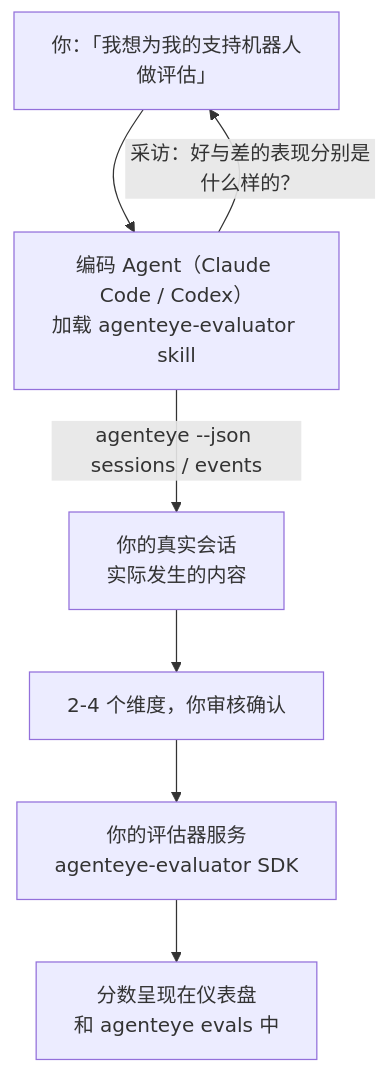
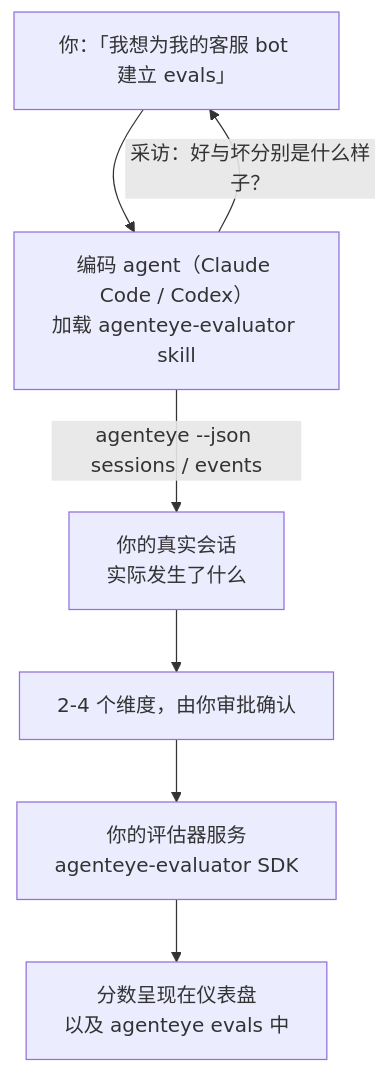
The diagram in docs/zh/agenteye/evaluator-skill.mdx (FailproofAI/failproofai), drawn with Mermaid before and after one commit. The commit also changed other lines of this file and 650 other files, not shown here.

````diff
--- a/docs/zh/agenteye/evaluator-skill.mdx
+++ b/docs/zh/agenteye/evaluator-skill.mdx
@@ -21,9 +21,9 @@
 ```mermaid
 flowchart TD
-    YOU["你：「我想为我的支持机器人做评估」"] --> AGENT["编码 Agent（Claude Code / Codex）<br/>加载 agenteye-evaluator skill"]
-    AGENT -->|"采访：好与差的表现分别是什么样的？"| YOU
-    AGENT -->|"agenteye --json sessions / events"| DATA["你的真实会话<br/>实际发生的内容"]
-    DATA --> DIMS["2-4 个维度，你审核确认"]
+    YOU["你：「我想为我的客服 bot 建立 evals」"] --> AGENT["编码 agent（Claude Code / Codex）<br/>加载 agenteye-evaluator skill"]
+    AGENT -->|"采访：好与坏分别是什么样子？"| YOU
+    AGENT -->|"agenteye --json sessions / events"| DATA["你的真实会话<br/>实际发生了什么"]
+    DATA --> DIMS["2-4 个维度，由你审批确认"]
     DIMS --> SVC["你的评估器服务<br/>agenteye-evaluator SDK"]
-    SVC --> SCORES["分数呈现在仪表盘<br/>和 agenteye evals 中"]
+    SVC --> SCORES["分数呈现在仪表盘<br/>以及 agenteye evals 中"]
 ```
````
